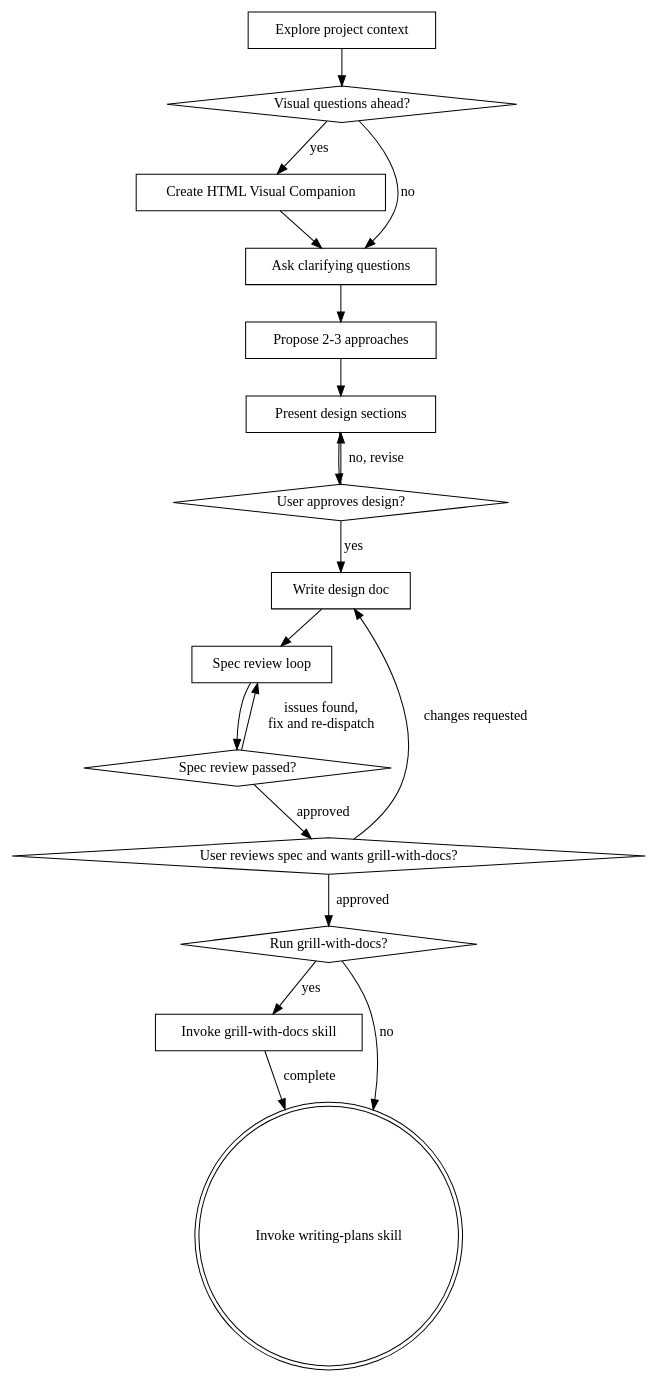
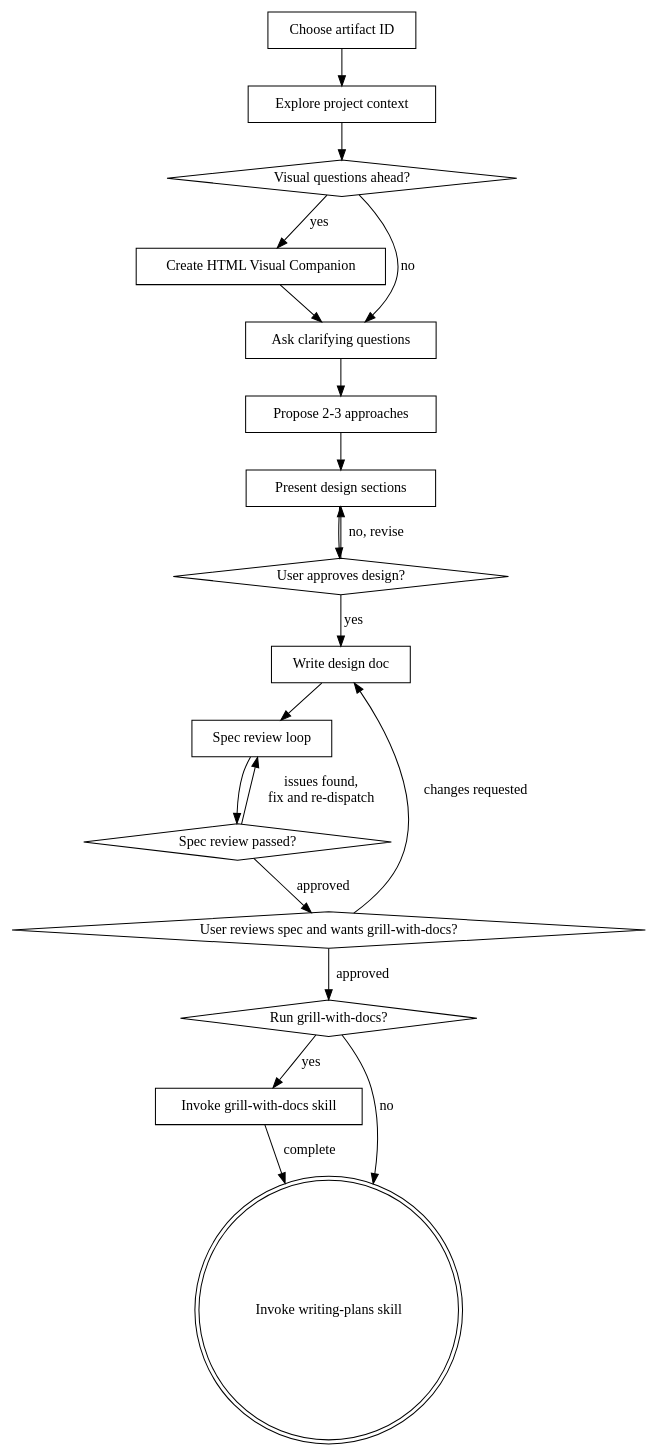
The diagram in skills/brainstorming/SKILL.md (stanley50z/sz-skills), drawn with Graphviz before and after one commit. The commit also changed other lines of this file and 6 other files, not shown here.

````diff
--- a/skills/brainstorming/SKILL.md
+++ b/skills/brainstorming/SKILL.md
@@ -36,37 +37,39 @@
 ```dot
 digraph brainstorming {
+    "Choose artifact ID" [shape=box];
     "Explore project context" [shape=box];
     "Visual questions ahead?" [shape=diamond];
     "Create HTML Visual Companion" [shape=box];
     "Ask clarifying questions" [shape=box];
     "Propose 2-3 approaches" [shape=box];
     "Present design sections" [shape=box];
     "User approves design?" [shape=diamond];
     "Write design doc" [shape=box];
     "Spec review loop" [shape=box];
     "Spec review passed?" [shape=diamond];
     "User reviews spec and wants grill-with-docs?" [shape=diamond];
     "Run grill-with-docs?" [shape=diamond];
     "Invoke grill-with-docs skill" [shape=box];
     "Invoke writing-plans skill" [shape=doublecircle];
 
+    "Choose artifact ID" -> "Explore project context";
     "Explore project context" -> "Visual questions ahead?";
     "Visual questions ahead?" -> "Create HTML Visual Companion" [label="yes"];
     "Visual questions ahead?" -> "Ask clarifying questions" [label="no"];
     "Create HTML Visual Companion" -> "Ask clarifying questions";
     "Ask clarifying questions" -> "Propose 2-3 approaches";
     "Propose 2-3 approaches" -> "Present design sections";
     "Present design sections" -> "User approves design?";
     "User approves design?" -> "Present design sections" [label="no, revise"];
     "User approves design?" -> "Write design doc" [label="yes"];
     "Write design doc" -> "Spec review loop";
     "Spec review loop" -> "Spec review passed?";
     "Spec review passed?" -> "Spec review loop" [label="issues found,\nfix and re-dispatch"];
     "Spec review passed?" -> "User reviews spec and wants grill-with-docs?" [label="approved"];
     "User reviews spec and wants grill-with-docs?" -> "Write design doc" [label="changes requested"];
     "User reviews spec and wants grill-with-docs?" -> "Run grill-with-docs?" [label="approved"];
     "Run grill-with-docs?" -> "Invoke grill-with-docs skill" [label="yes"];
     "Invoke grill-with-docs skill" -> "Invoke writing-plans skill" [label="complete"];
     "Run grill-with-docs?" -> "Invoke writing-plans skill" [label="no"];
 }
 ```
````
